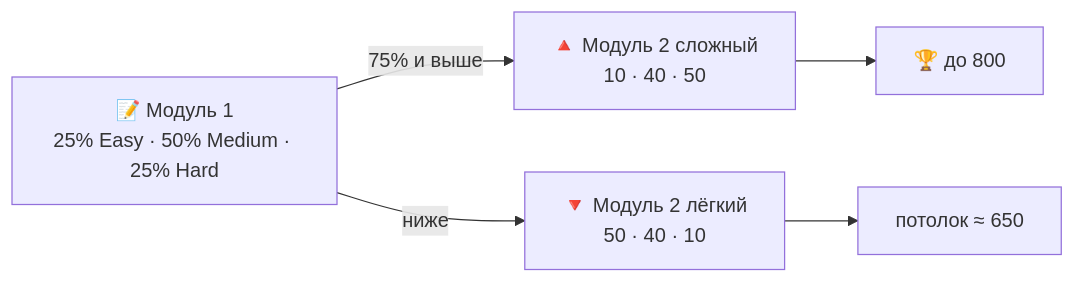
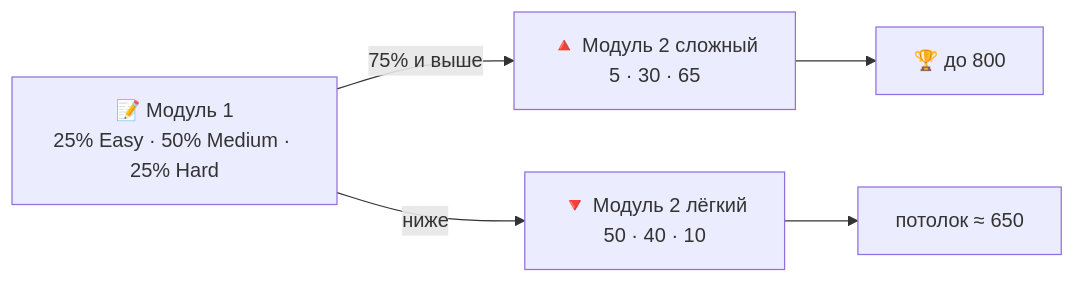
Before and after one commit to DoshiCkk/SAT-Trainer: the second of 3 diagrams in README.md, drawn with Mermaid. The commit also changed other lines of this file and 8 other files, not shown here.

First line of the commit message:
Сложный модуль 2 на две трети Hard; чинка ключей и вариантов-графиков

````diff
--- a/README.md
+++ b/README.md
@@ -108,7 +108,7 @@
 ```mermaid
 flowchart LR
-    M1["📝 Модуль 1<br/>25% Easy · 50% Medium · 25% Hard"] -->|"75% и выше"| H["🔺 Модуль 2 сложный<br/>10 · 40 · 50"]
+    M1["📝 Модуль 1<br/>25% Easy · 50% Medium · 25% Hard"] -->|"75% и выше"| H["🔺 Модуль 2 сложный<br/>5 · 30 · 65"]
     M1 -->|"ниже"| E["🔻 Модуль 2 лёгкий<br/>50 · 40 · 10"]
     H --> SH["🏆 до 800"]
     E --> SE["потолок ≈ 650"]
 ```
````
